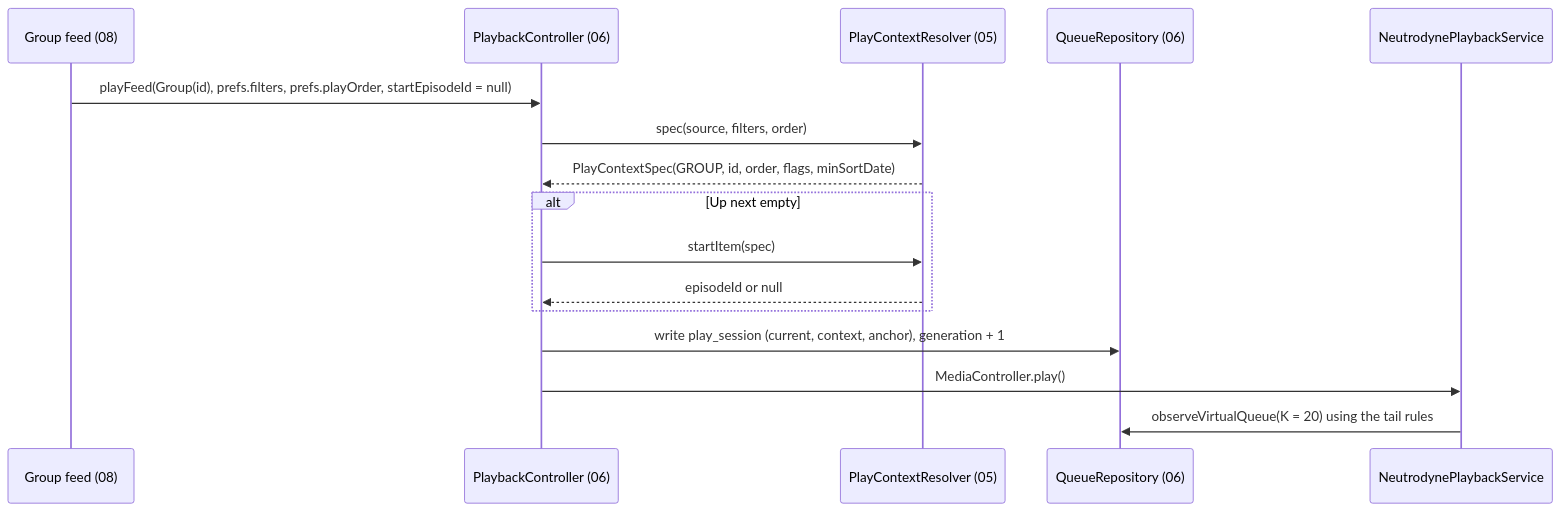
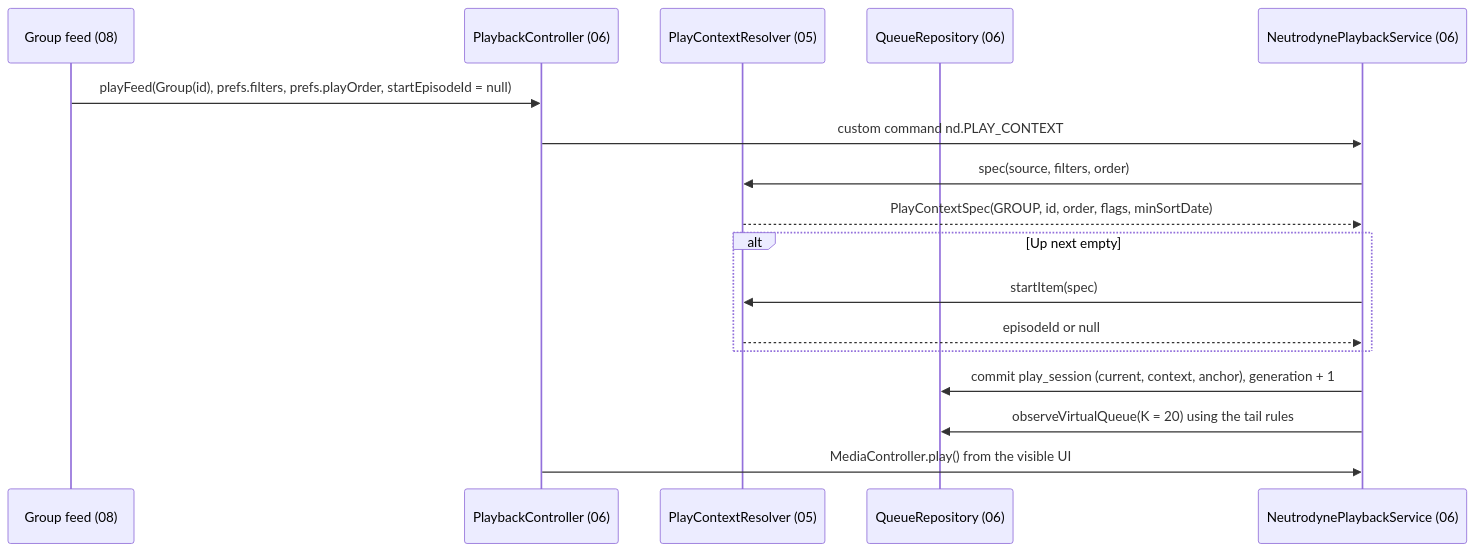
Before and after one commit to BigBoyDevBox/Neutrodyne: the third of 8 diagrams in docs/design/05-groups-opml-backup.md, drawn with Mermaid. The commit also changed other lines of this file and 3 other files, not shown here.

````diff
--- a/docs/design/05-groups-opml-backup.md
+++ b/docs/design/05-groups-opml-backup.md
@@ -542,18 +542,19 @@
 ```mermaid
 sequenceDiagram
   participant UI as Group feed (08)
   participant PC as PlaybackController (06)
   participant CR as PlayContextResolver (05)
   participant Q as QueueRepository (06)
-  participant S as NeutrodynePlaybackService
+  participant S as NeutrodynePlaybackService (06)
   UI->>PC: playFeed(Group(id), prefs.filters, prefs.playOrder, startEpisodeId = null)
-  PC->>CR: spec(source, filters, order)
-  CR-->>PC: PlayContextSpec(GROUP, id, order, flags, minSortDate)
+  PC->>S: custom command nd.PLAY_CONTEXT
+  S->>CR: spec(source, filters, order)
+  CR-->>S: PlayContextSpec(GROUP, id, order, flags, minSortDate)
   alt Up next empty
-    PC->>CR: startItem(spec)
-    CR-->>PC: episodeId or null
+    S->>CR: startItem(spec)
+    CR-->>S: episodeId or null
   end
-  PC->>Q: write play_session (current, context, anchor), generation + 1
-  PC->>S: MediaController.play()
+  S->>Q: commit play_session (current, context, anchor), generation + 1
   S->>Q: observeVirtualQueue(K = 20) using the tail rules
+  PC->>S: MediaController.play() from the visible UI
 ```
````
